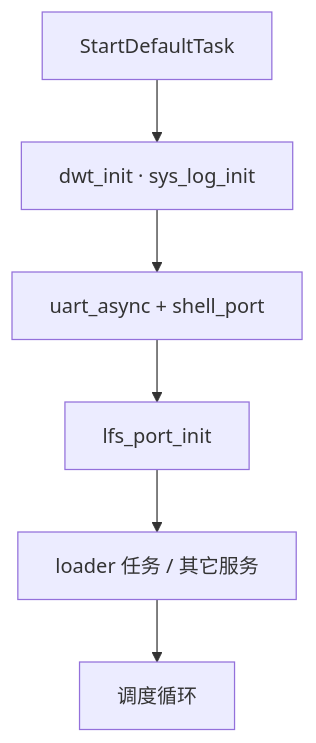
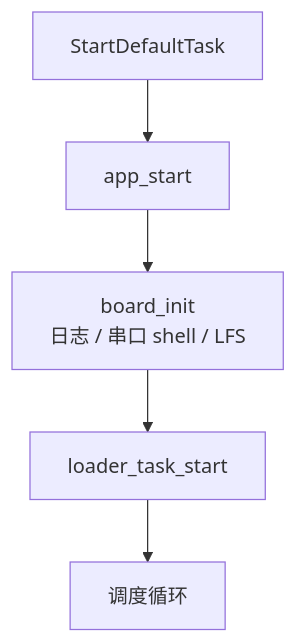
Before and after one commit to 4ImL3sSb0T/BaseFramework: diagram 11 of 11 in README.md, drawn with Mermaid. The commit also changed other lines of this file and 291 other files, not shown here.

````diff
--- a/README.md
+++ b/README.md
@@ -290,8 +283,7 @@
 ```mermaid
 flowchart TD
-  A[StartDefaultTask] --> B[dwt_init · sys_log_init]
-  B --> C[uart_async + shell_port]
-  C --> D[lfs_port_init]
-  D --> E[loader 任务 / 其它服务]
-  E --> F[调度循环]
+  A[StartDefaultTask] --> B[app_start]
+  B --> C[board_init<br/>日志 / 串口 shell / LFS]
+  C --> D[loader_task_start]
+  D --> E[调度循环]
 ```
````
